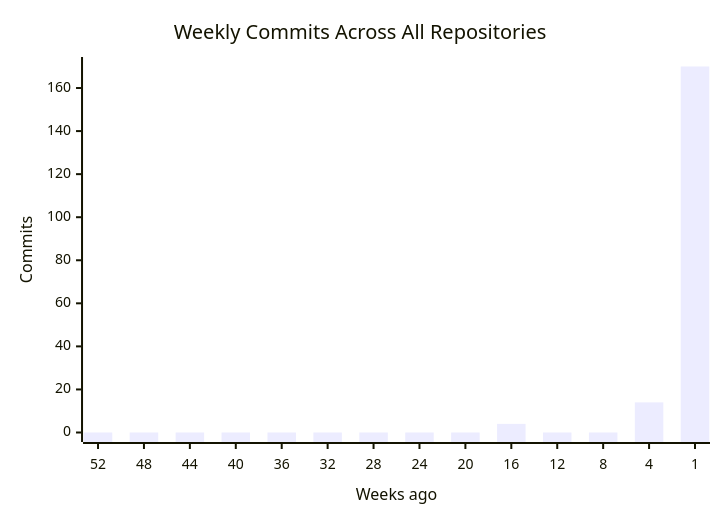
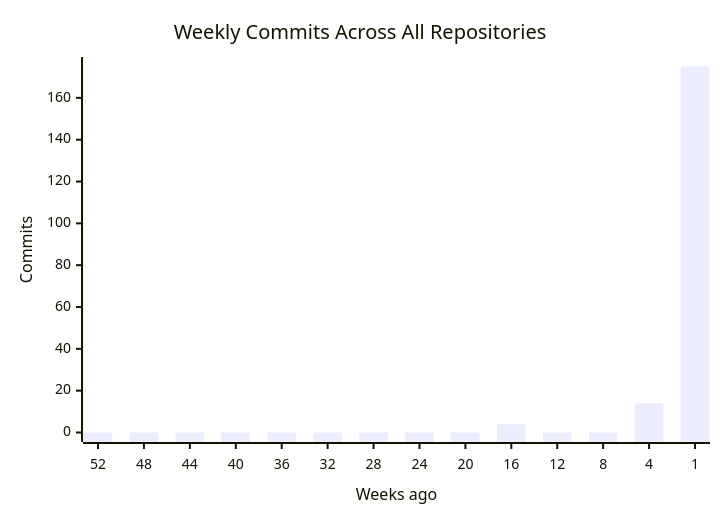
Before and after one commit to CSTH-Projects/.github: the first of 4 diagrams in profile/README.md, drawn with Mermaid. The commit also changed other lines of this file, not shown here.

````diff
--- a/profile/README.md
+++ b/profile/README.md
@@ -16,7 +16,7 @@
 ```mermaid
 xychart-beta
     title "Weekly Commits Across All Repositories"
     x-axis "Weeks ago" [52, 48, 44, 40, 36, 32, 28, 24, 20, 16, 12, 8, 4, 1]
     y-axis "Commits"
-    bar [0, 0, 0, 0, 0, 0, 0, 0, 0, 4, 0, 0, 14, 170]
+    bar [0, 0, 0, 0, 0, 0, 0, 0, 0, 4, 0, 0, 14, 175]
 ```
````
